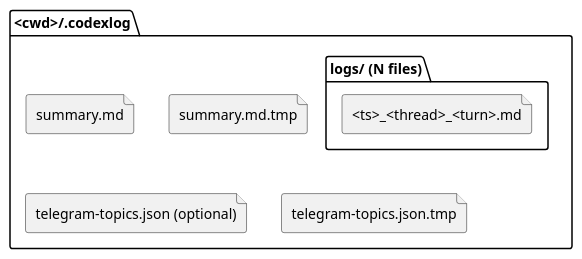
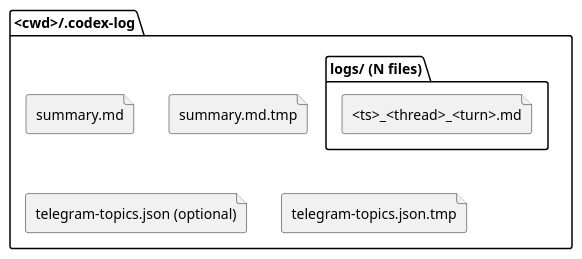
Before and after one commit to chemitaro/codex-agent-logger: the second of 2 diagrams in spec-dock/initiatives/init-local-00001-codex-notify-json-logger/requirement.md, drawn with PlantUML. The commit also changed other lines of this file and 1 other file, not shown here.

Commit message:
docs(init-local-00001): JSONロガー仕様を .codex-log と CLI 名へ更新 - `.codexlog` 系の出力ディレクトリ参照を `.codex-log` に統一 - `codexlog` CLI 名を `codex-logger` に変更 - uvx 実行例にタグ・コミット・ローカルパス指定を追記

````diff
--- a/spec-dock/initiatives/init-local-00001-codex-notify-json-logger/requirement.md
+++ b/spec-dock/initiatives/init-local-00001-codex-notify-json-logger/requirement.md
@@ -116,15 +117,15 @@
 ```plantuml
 @startuml
 skinparam monochrome true
 
-folder "<cwd>/.codexlog" {
+folder "<cwd>/.codex-log" {
   folder "logs/ (N files)" {
     file "<ts>_<thread>_<turn>.md"
   }
   file "summary.md"
   file "summary.md.tmp"
   file "telegram-topics.json (optional)"
   file "telegram-topics.json.tmp"
 }
 @enduml
 ```
````
